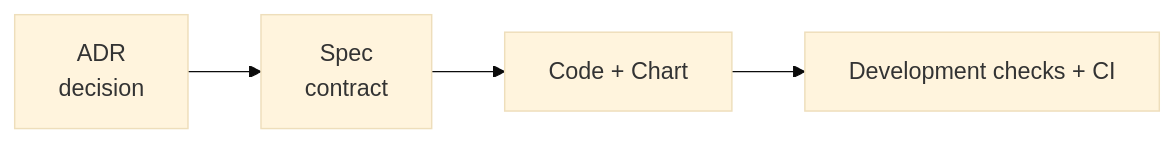
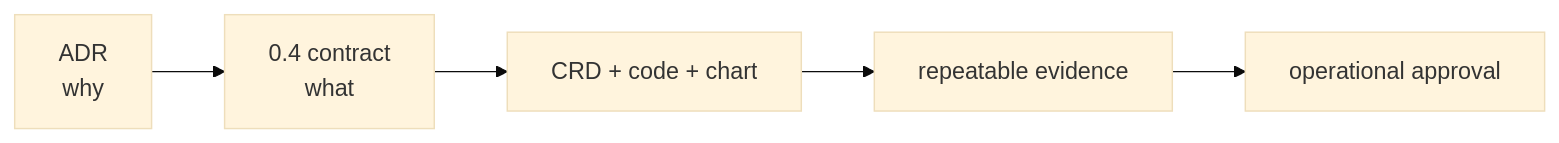
Before and after one commit to cagojeiger/ShiftPV: the diagram in docs/README.md, drawn with Mermaid (base theme). The commit also changed other lines of this file and 121 other files, not shown here.

````diff
--- a/docs/README.md
+++ b/docs/README.md
@@ -19,6 +13,7 @@
 ```mermaid
 flowchart LR
-    ADR[ADR<br/>decision] --> SPEC[Spec<br/>contract]
-    SPEC --> CODE[Code + Chart]
-    CODE --> TEST[Development checks + CI]
+    ADR[ADR<br/>why] --> SPEC[0.4 contract<br/>what]
+    SPEC --> CODE[CRD + code + chart]
+    CODE --> TEST[repeatable evidence]
+    TEST --> OPS[operational approval]
 ```
````
